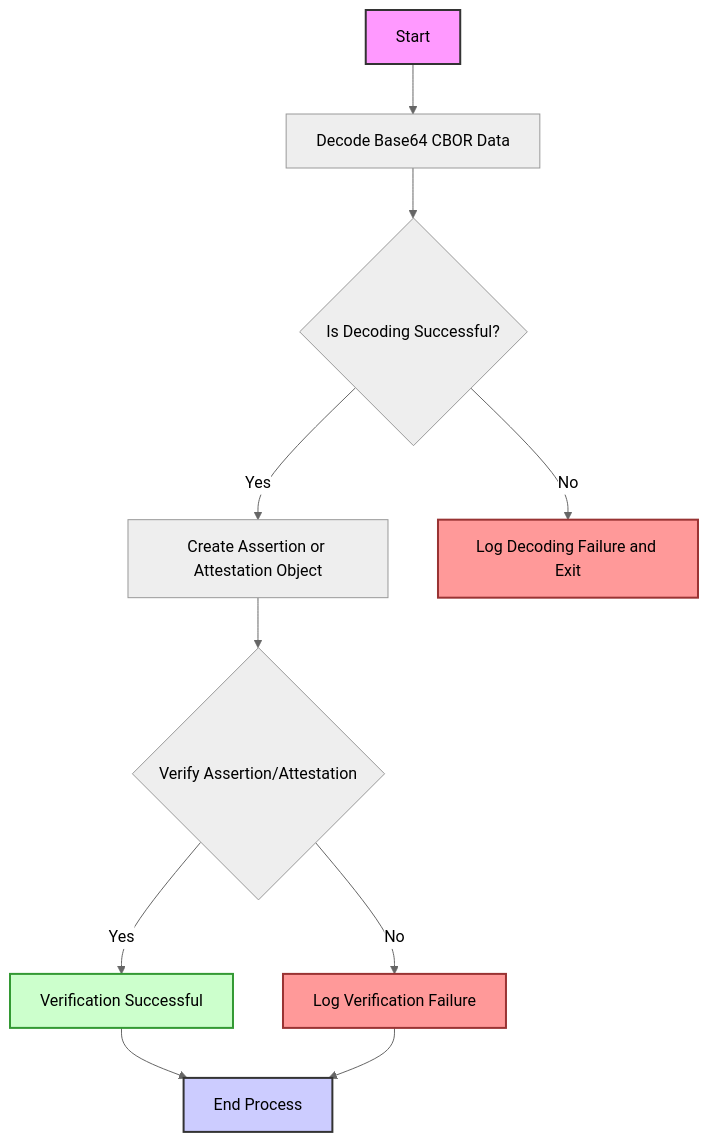
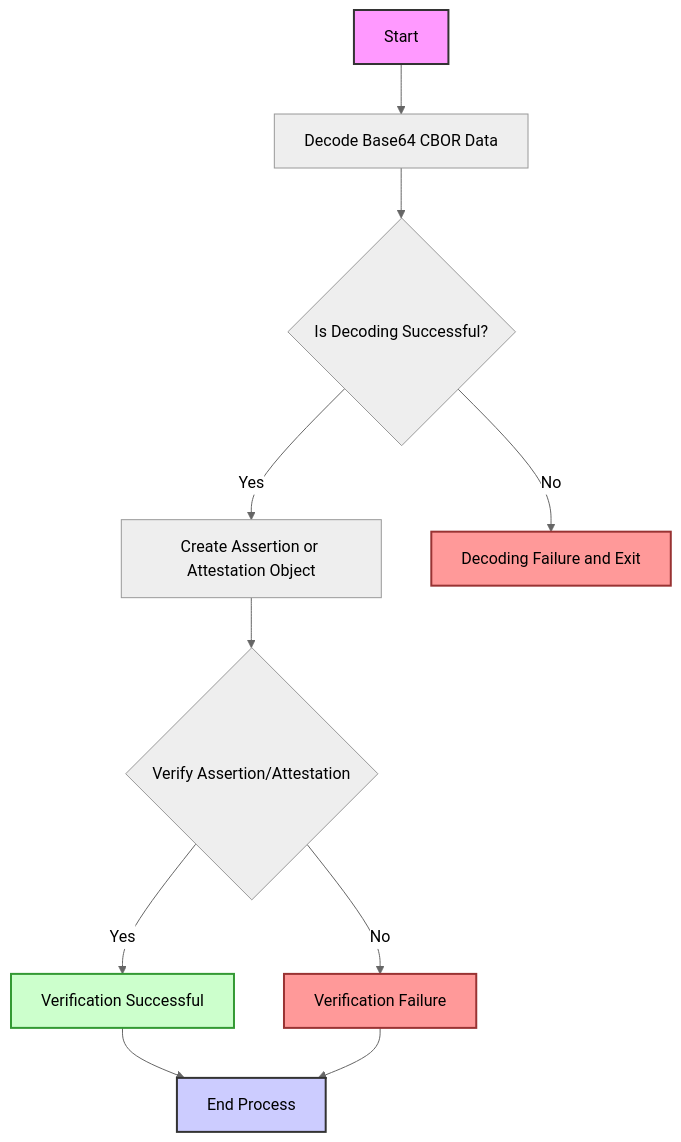
The diagram in README.md (TheDhejavu/appattest-rs), drawn with Mermaid (neutral theme) before and after one commit. The commit also changed 8 other files, not shown here.

````diff
--- a/README.md
+++ b/README.md
@@ -8,21 +8,21 @@
 ```mermaid
 flowchart TD
     A[Start] --> B[Decode Base64 CBOR Data]
     B --> C{Is Decoding Successful?}
     C -->|Yes| D[Create Assertion or Attestation Object]
-    C -->|No| E[Log Decoding Failure and Exit]
+    C -->|No| E[Decoding Failure and Exit]
 
     D --> F{Verify Assertion/Attestation}
     F -->|Yes| G[Verification Successful]
-    F -->|No| H[Log Verification Failure]
+    F -->|No| H[Verification Failure]
 
     G --> I[End Process]
     H --> I
 
     style A fill:#f9f,stroke:#333,stroke-width:2px
     style I fill:#ccf,stroke:#333,stroke-width:2px
     style G fill:#cfc,stroke:#393,stroke-width:2px
     style H fill:#f99,stroke:#933,stroke-width:2px
     style E fill:#f99,stroke:#933,stroke-width:2px
 
 ```
````
